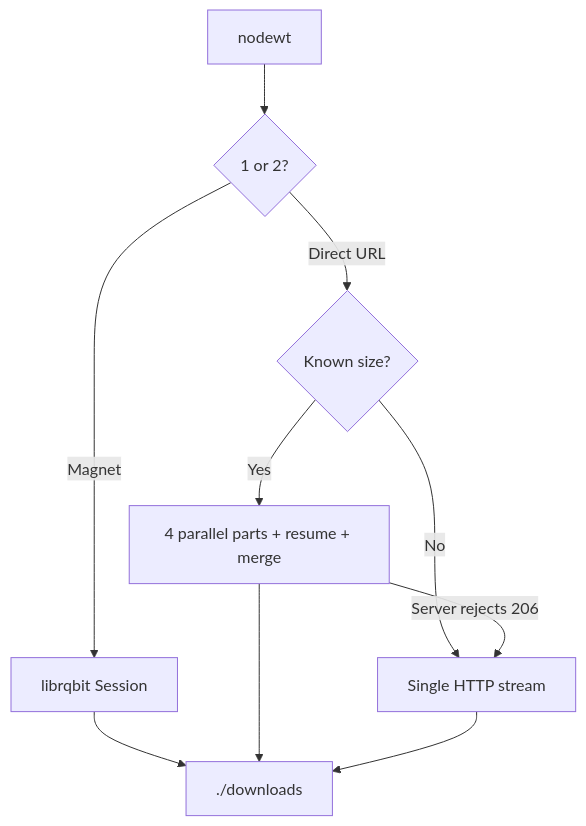
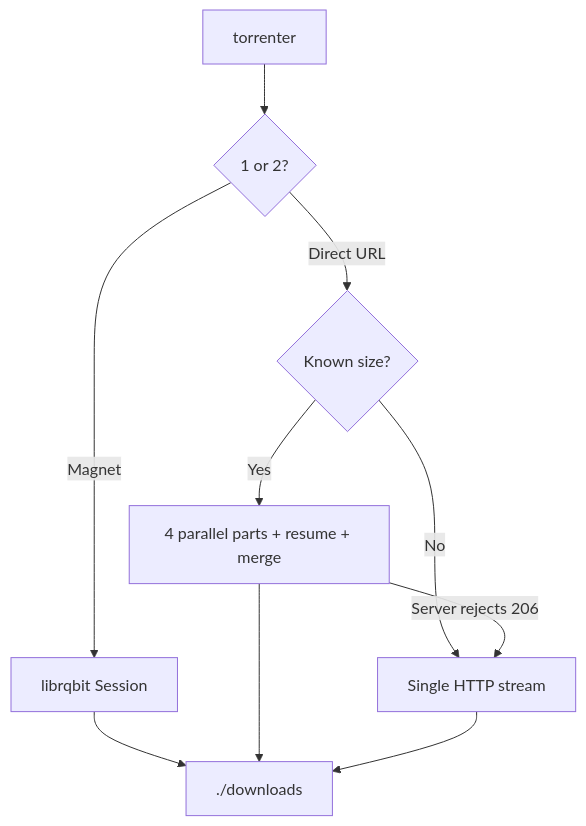
Before and after one commit to danted4/torrenter: the diagram in README.md, drawn with Mermaid. The commit also changed other lines of this file and 6 other files, not shown here.

````diff
--- a/README.md
+++ b/README.md
@@ -93,12 +94,12 @@
 ```mermaid
 flowchart TD
-  A[nodewt] --> B{1 or 2?}
+  A[torrenter] --> B{1 or 2?}
   B -->|Magnet| C[librqbit Session]
   C --> F[./downloads]
   B -->|Direct URL| D{Known size?}
   D -->|Yes| E[4 parallel parts + resume + merge]
   D -->|No| G[Single HTTP stream]
   E -->|Server rejects 206| G
   E --> F
   G --> F
 ```
````
